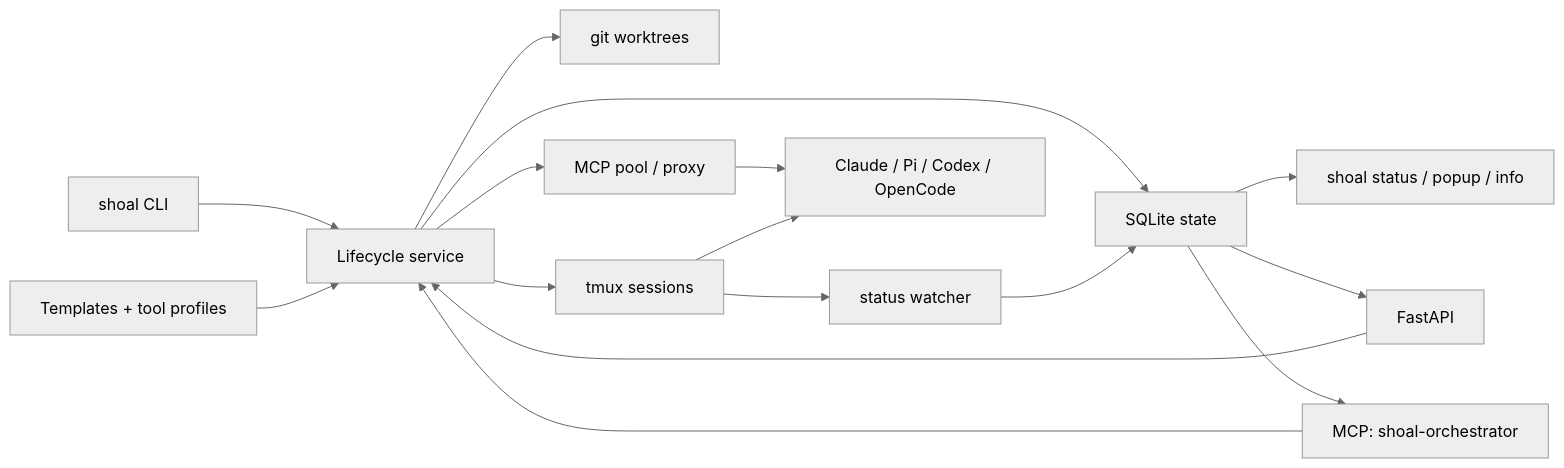
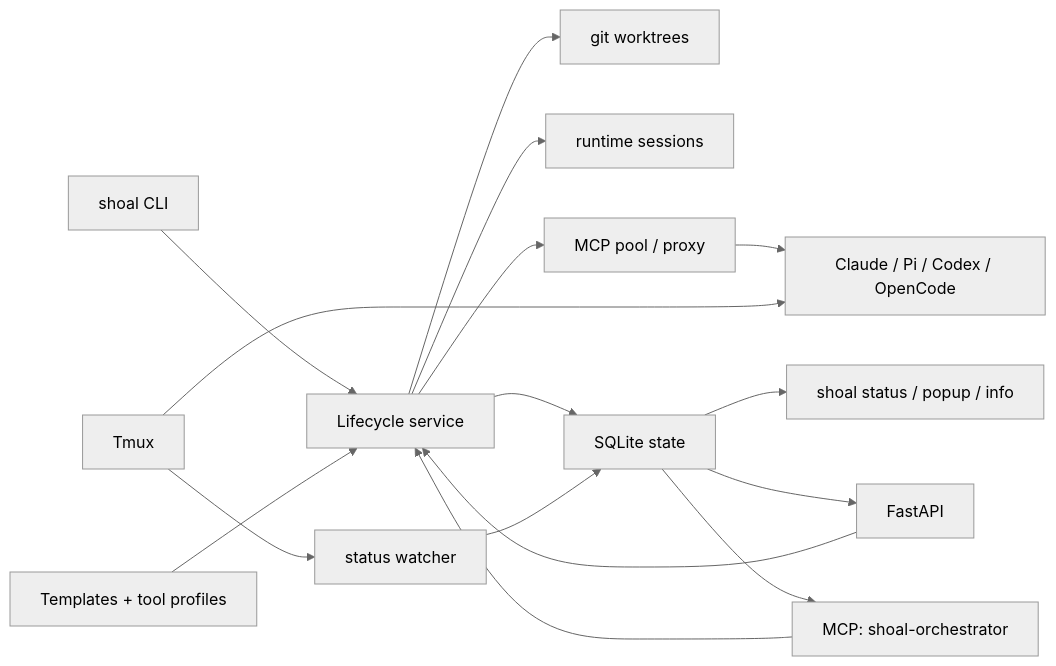
The first of 3 diagrams in docs/architecture.md (TheShoal/shoal-cli), drawn with Mermaid (neutral theme) before and after one commit. The commit also changed other lines of this file and 1 other file, not shown here.

Commit message:
docs(arch): modernize terminology to runtime providers

````diff
--- a/docs/architecture.md
+++ b/docs/architecture.md
@@ -14,22 +14,22 @@
 ```mermaid
 flowchart LR
     CLI["shoal CLI"] --> Lifecycle["Lifecycle service"]
     Templates["Templates + tool profiles"] --> Lifecycle
     API["FastAPI"] --> Lifecycle
     MCP["MCP: shoal-orchestrator"] --> Lifecycle
 
     Lifecycle --> Worktrees["git worktrees"]
-    Lifecycle --> Tmux["tmux sessions"]
+    Lifecycle --> Runtime["runtime sessions"]
     Lifecycle --> Pool["MCP pool / proxy"]
     Lifecycle --> DB["SQLite state"]
 
     Tmux --> Watcher["status watcher"]
     Watcher --> DB
 
     DB --> Status["shoal status / popup / info"]
     DB --> API
     DB --> MCP
 
     Pool --> AgentTools["agent MCP clients"]
     Tmux --> AgentTools["Claude / Pi / Codex / OpenCode"]
 ```
````
